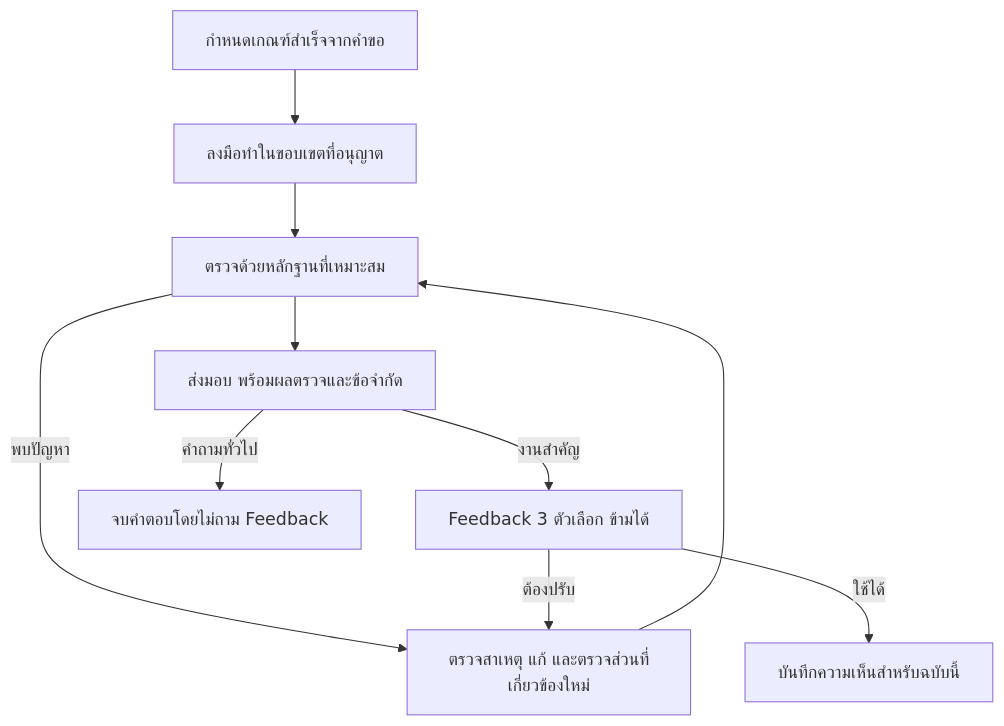
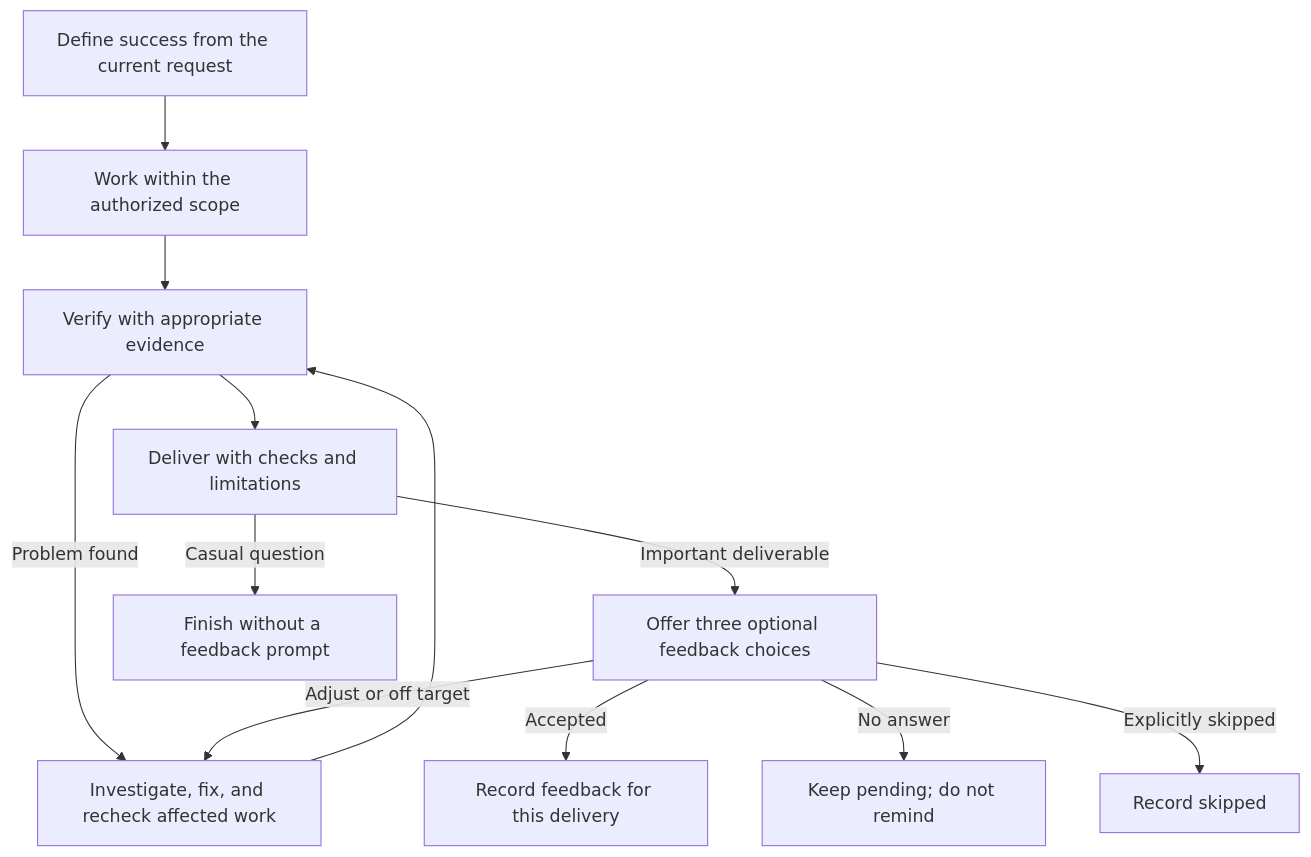
Before and after one commit to panithan1991/ai-assisted-workflow: the diagram in docs/feedback-loop.md, drawn with Mermaid. The commit also changed other lines of this file and 23 other files, not shown here.

````diff
--- a/docs/feedback-loop.md
+++ b/docs/feedback-loop.md
@@ -7,12 +7,14 @@
-```mermaid
+~~~mermaid
 flowchart TD
-    A["กำหนดเกณฑ์สำเร็จจากคำขอ"] --> B["ลงมือทำในขอบเขตที่อนุญาต"]
-    B --> C["ตรวจด้วยหลักฐานที่เหมาะสม"]
-    C -->|"พบปัญหา"| D["ตรวจสาเหตุ แก้ และตรวจส่วนที่เกี่ยวข้องใหม่"]
+    A["Define success from the current request"] --> B["Work within the authorized scope"]
+    B --> C["Verify with appropriate evidence"]
+    C -->|"Problem found"| D["Investigate, fix, and recheck affected work"]
     D --> C
-    C --> E["ส่งมอบ พร้อมผลตรวจและข้อจำกัด"]
-    E -->|"งานสำคัญ"| F["Feedback 3 ตัวเลือก ข้ามได้"]
-    E -->|"คำถามทั่วไป"| G["จบคำตอบโดยไม่ถาม Feedback"]
-    F -->|"ต้องปรับ"| D
-    F -->|"ใช้ได้"| H["บันทึกความเห็นสำหรับฉบับนี้"]
-```
+    C --> E["Deliver with checks and limitations"]
+    E -->|"Important deliverable"| F["Offer three optional feedback choices"]
+    E -->|"Casual question"| G["Finish without a feedback prompt"]
+    F -->|"Adjust or off target"| D
+    F -->|"Accepted"| H["Record feedback for this delivery"]
+    F -->|"No answer"| I["Keep pending; do not remind"]
+    F -->|"Explicitly skipped"| J["Record skipped"]
+~~~
````
